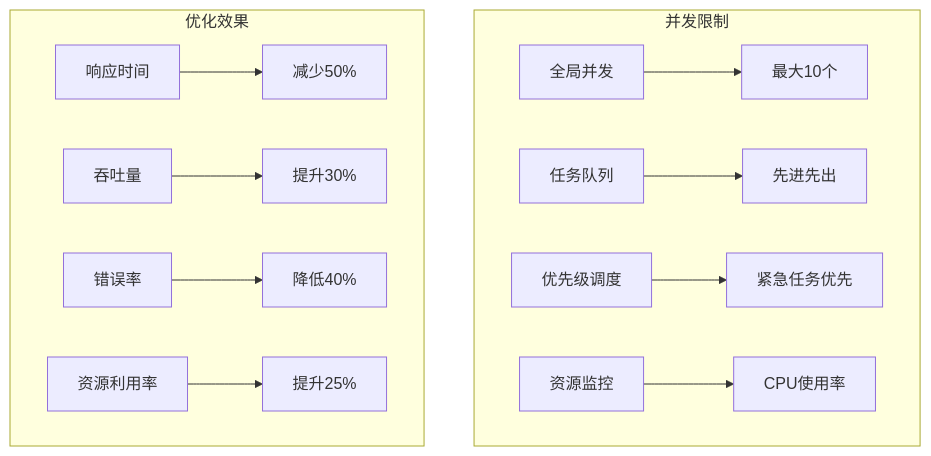
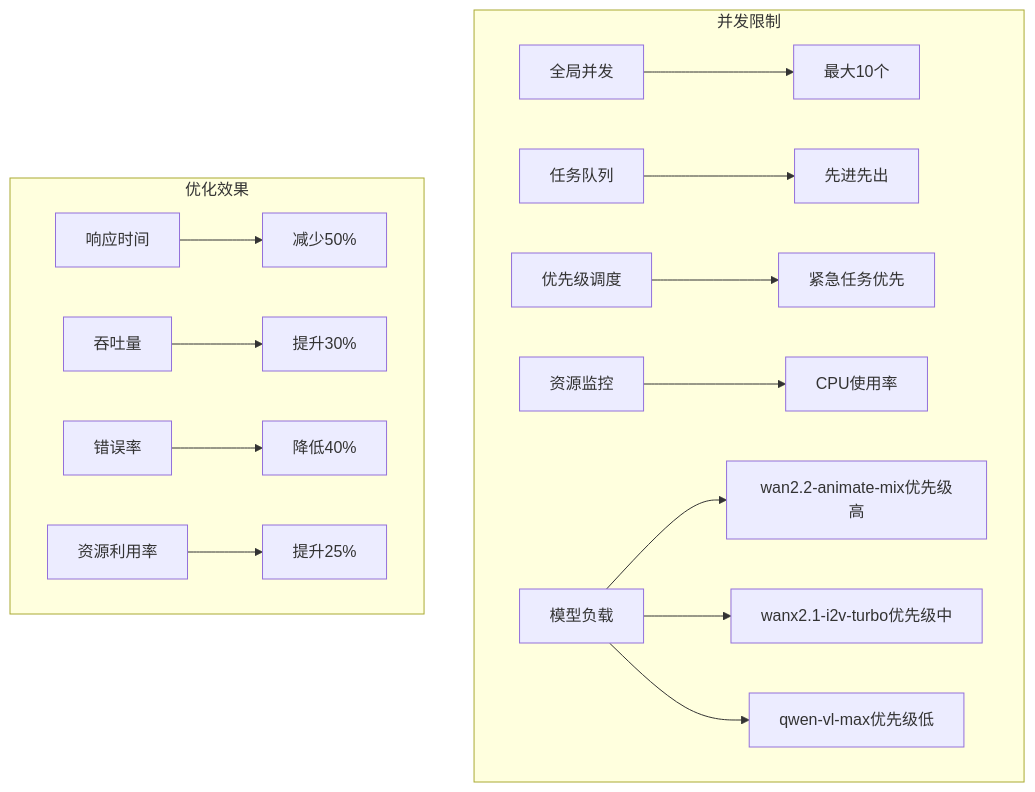
One commit to zuozuoliu740-cmd/xianxiong-news changed the sixth of 7 diagrams in .qoder/repowiki/zh/content/Dashscope Integration.md. Above: the diagram before and after it, drawn with Mermaid. The commit also changed other lines of this file and 4 other files, not shown here.

````diff
--- a/.qoder/repowiki/zh/content/Dashscope Integration.md
+++ b/.qoder/repowiki/zh/content/Dashscope Integration.md
@@ -335,15 +394,18 @@
 ```mermaid
 graph TB
 subgraph "并发限制"
 A[全局并发] --> A1[最大10个]
 B[任务队列] --> B1[先进先出]
 C[优先级调度] --> C1[紧急任务优先]
 D[资源监控] --> D1[CPU使用率]
+E[模型负载] --> E1[wan2.2-animate-mix优先级高]
+E --> E2[wanx2.1-i2v-turbo优先级中]
+E --> E3[qwen-vl-max优先级低]
 end
 subgraph "优化效果"
-E[响应时间] --> E1[减少50%]
-F[吞吐量] --> F1[提升30%]
-G[错误率] --> G1[降低40%]
-H[资源利用率] --> H1[提升25%]
+F[响应时间] --> F1[减少50%]
+G[吞吐量] --> G1[提升30%]
+H[错误率] --> H1[降低40%]
+I[资源利用率] --> I1[提升25%]
 end
 ```
````
